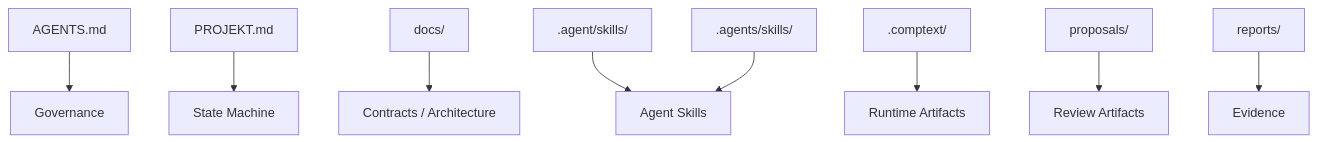
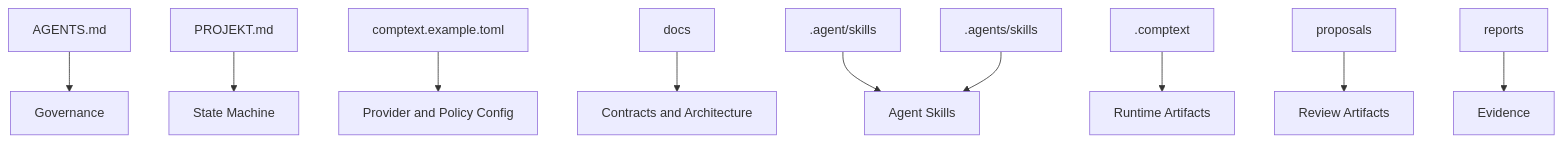
One commit to ProfRandom92/comptext-cli changed the ninth of 11 diagrams in README.md. Above: the diagram before and after it, drawn with Mermaid. The commit also changed other lines of this file, not shown here.

````diff
--- a/README.md
+++ b/README.md
@@ -618,11 +649,12 @@
 ```mermaid
 flowchart TD
     AG[AGENTS.md] --> GOV[Governance]
     PJ[PROJEKT.md] --> STATE[State Machine]
-    DOC[docs/] --> SPEC[Contracts / Architecture]
-    SK1[.agent/skills/] --> SK[Agent Skills]
-    SK2[.agents/skills/] --> SK
-    CMP[.comptext/] --> RUN[Runtime Artifacts]
-    PROP[proposals/] --> REV[Review Artifacts]
-    REP[reports/] --> EVD[Evidence]
+    CFG[comptext.example.toml] --> CONF[Provider and Policy Config]
+    DOC[docs] --> SPEC[Contracts and Architecture]
+    SK1[.agent/skills] --> SK[Agent Skills]
+    SK2[.agents/skills] --> SK
+    CMP[.comptext] --> RUN[Runtime Artifacts]
+    PROP[proposals] --> REV[Review Artifacts]
+    REP[reports] --> EVD[Evidence]
 ```
````
